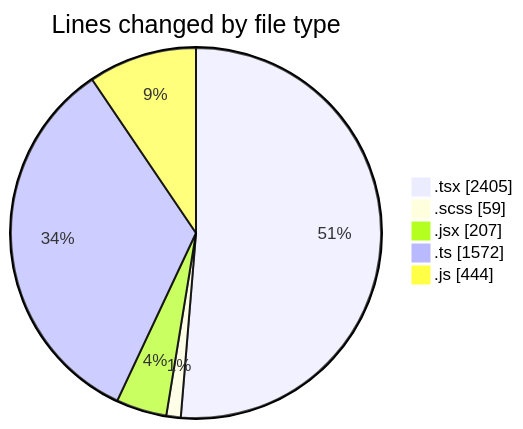
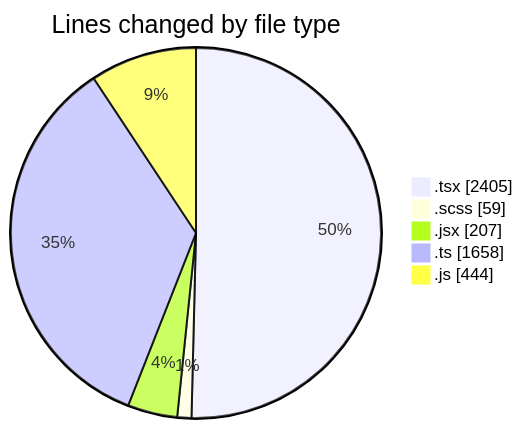
Before and after one commit to momahboobian/code-tracking: the first of 2 diagrams in 2026-07-23/cda/README.md, drawn with Mermaid. The commit also changed other lines of this file and 1 other file, not shown here.

````diff
--- a/2026-07-23/cda/README.md
+++ b/2026-07-23/cda/README.md
@@ -34,9 +34,9 @@
 ```mermaid
 pie showData
 title Lines changed by file type
 ".tsx" : 2405
 ".scss" : 59
 ".jsx" : 207
-".ts" : 1572
+".ts" : 1658
 ".js" : 444
 ```
````
